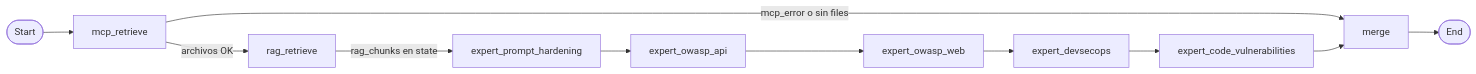
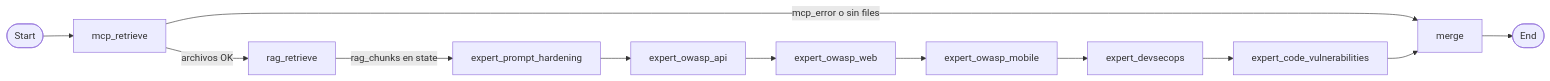
The second of 3 diagrams in docs/architecture.md (KaribuLab/titvo-dev), drawn with Mermaid before and after one commit. The commit also changed other lines of this file and 9 other files, not shown here.

Commit message:
feat: add OWASP mobile expert

````diff
--- a/docs/architecture.md
+++ b/docs/architecture.md
@@ -36,16 +37,17 @@
 ```mermaid
 flowchart LR
     Start([Start]) --> MCP[mcp_retrieve]
     MCP -->|archivos OK| RAG[rag_retrieve]
     MCP -->|mcp_error o sin files| MG[merge]
 
     RAG -->|rag_chunks en state| EH[expert_prompt_hardening]
 
     EH --> EAPI[expert_owasp_api]
     EAPI --> EWEB[expert_owasp_web]
-    EWEB --> EDO[expert_devsecops]
+    EWEB --> EMOB[expert_owasp_mobile]
+    EMOB --> EDO[expert_devsecops]
     EDO --> ECV[expert_code_vulnerabilities]
     ECV --> MG
     
     MG --> END([End])
 ```
````
